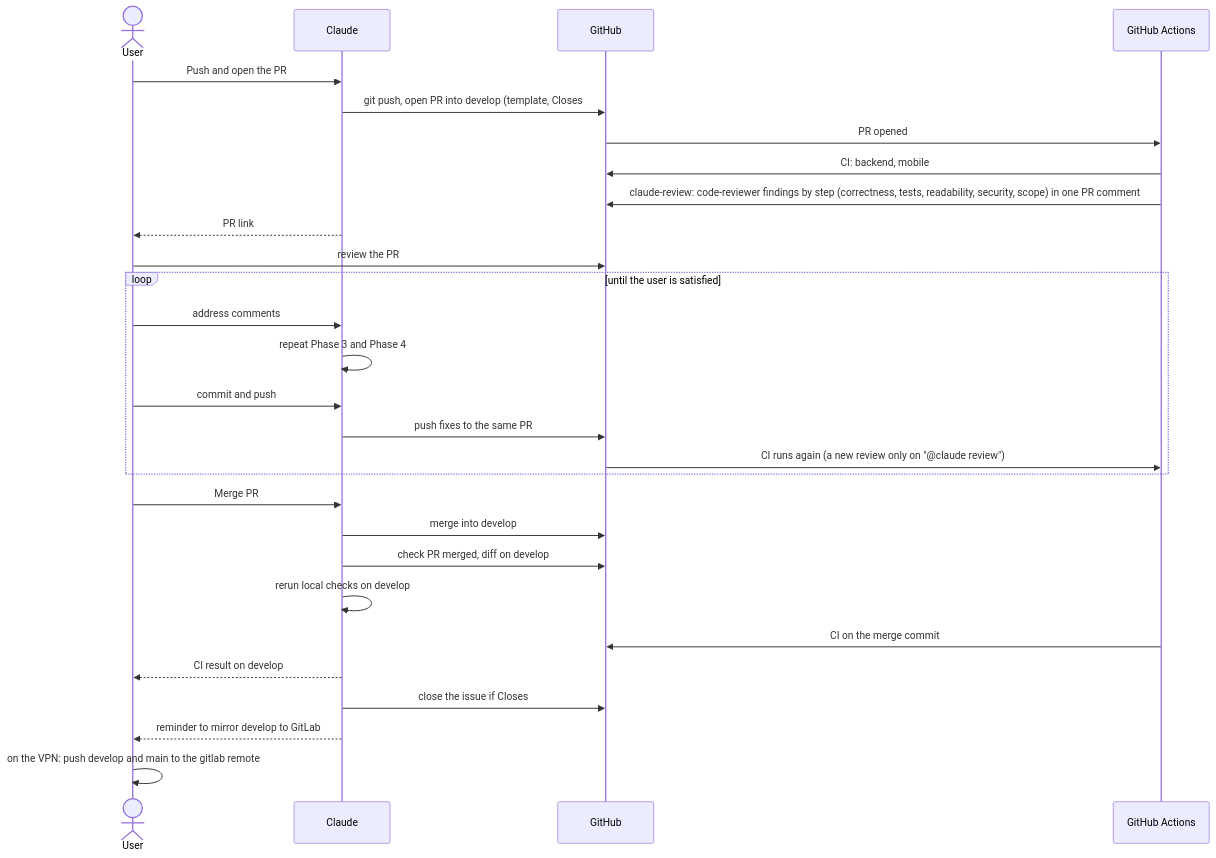
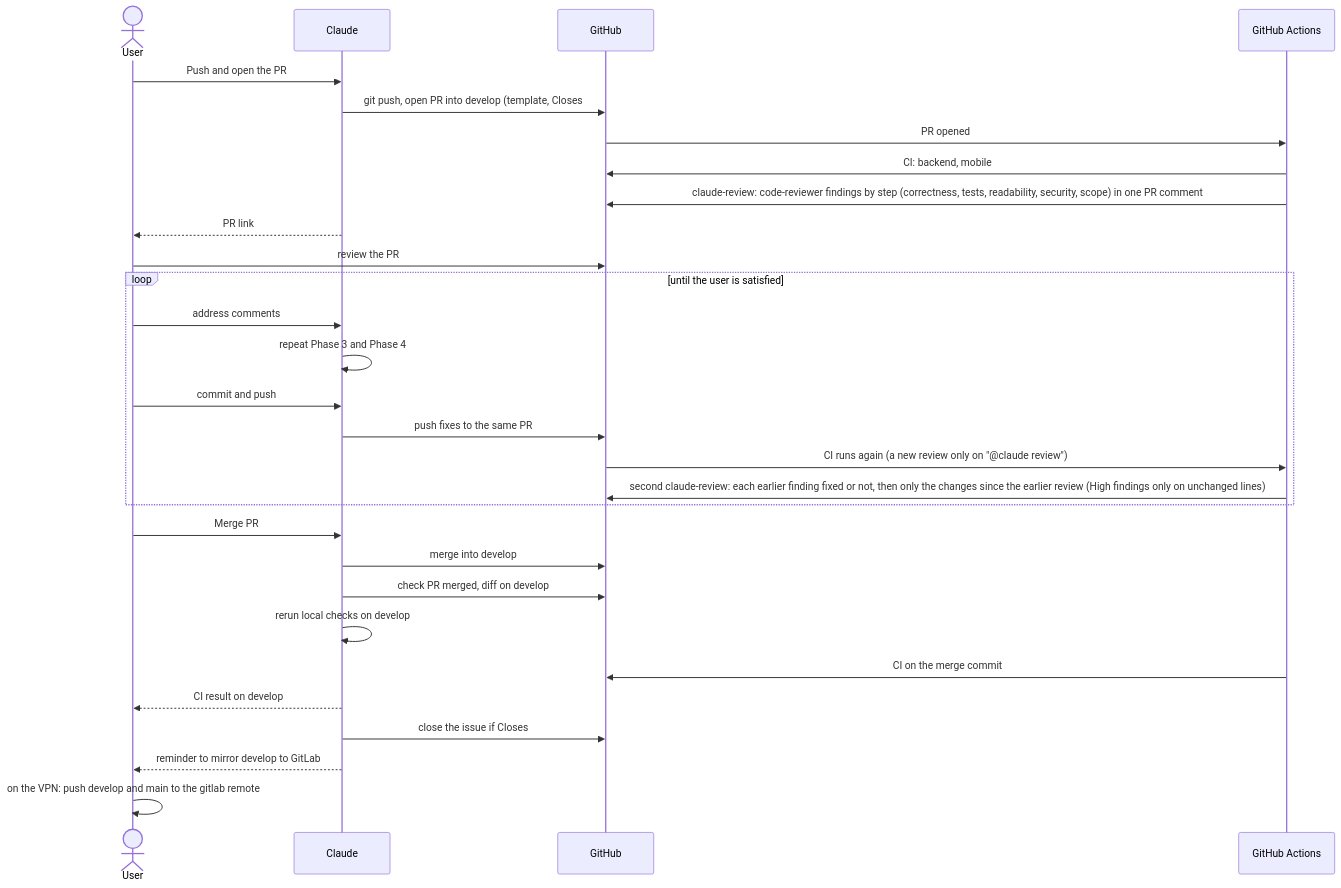
The third of 5 diagrams in docs/workflow.md (huynguyennang-agilityio/claude-code-training), drawn with Mermaid before and after one commit. The commit also changed other lines of this file and 6 other files, not shown here.

First line of the commit message:
ci: second claude-review checks only what changed since the first (#228)

````diff
--- a/docs/workflow.md
+++ b/docs/workflow.md
@@ -75,30 +75,31 @@
 ```mermaid
 sequenceDiagram
     actor U as User
     participant C as Claude
     participant G as GitHub
     participant A as GitHub Actions
     U->>C: Push and open the PR
     C->>G: git push, open PR into develop (template, Closes #id)
     G->>A: PR opened
     A->>G: CI: backend, mobile
     A->>G: claude-review: code-reviewer findings by step (correctness, tests, readability, security, scope) in one PR comment
     C-->>U: PR link
     U->>G: review the PR
     loop until the user is satisfied
         U->>C: address comments
         C->>C: repeat Phase 3 and Phase 4
         U->>C: commit and push
         C->>G: push fixes to the same PR
         G->>A: CI runs again (a new review only on "@claude review")
+        A->>G: second claude-review: each earlier finding fixed or not, then only the changes since the earlier review (High findings only on unchanged lines)
     end
     U->>C: Merge PR #id
     C->>G: merge into develop
     C->>G: check PR merged, diff on develop
     C->>C: rerun local checks on develop
     A->>G: CI on the merge commit
     C-->>U: CI result on develop
     C->>G: close the issue if Closes #id did not
     C-->>U: reminder to mirror develop to GitLab
     U->>U: on the VPN: push develop and main to the gitlab remote
 ```
````
